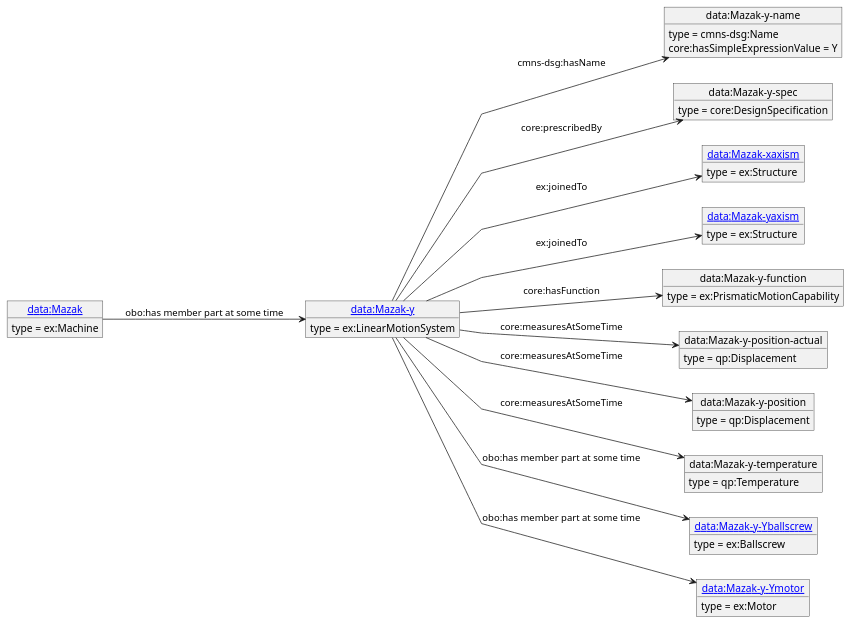
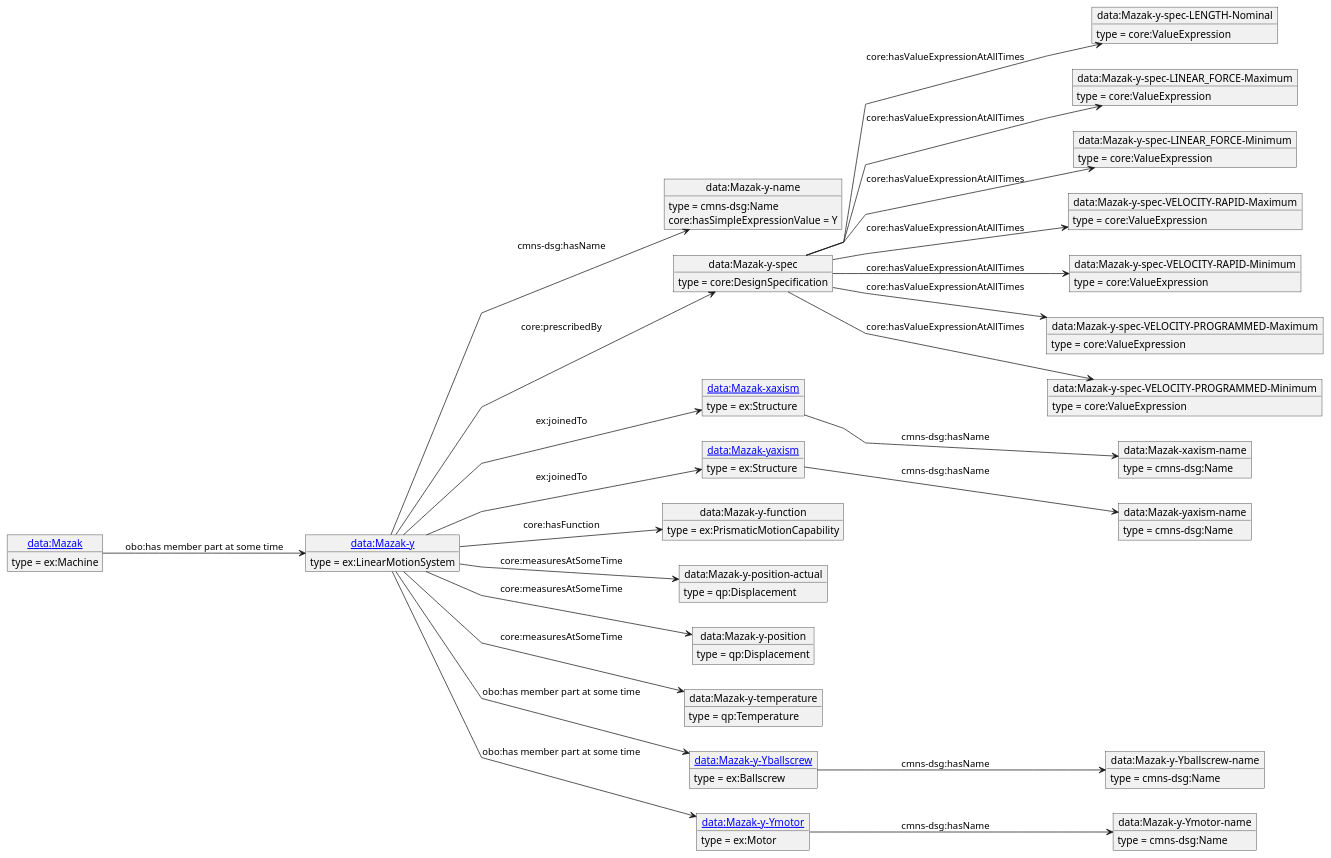
Before and after one commit to iofoundry/example-syseng-mtconnect: the diagram in diagrams/Mazak-y.puml, drawn with PlantUML. The commit also changed 162 other files, not shown here.

```diff
--- a/diagrams/Mazak-y.puml
+++ b/diagrams/Mazak-y.puml
@@ -1,52 +1,96 @@
 @startuml
 skinparam linetype polyline
 left to right direction
 object "[[./Mazak-y.html data:Mazak-y]]" as o1 {
  type = ex:LinearMotionSystem
  }
 object "data:Mazak-y-name" as o2 {
  type = cmns-dsg:Name
  }
 object "data:Mazak-y-spec" as o3 {
  type = core:DesignSpecification
  }
-object "[[./Mazak-xaxism.html data:Mazak-xaxism]]" as o4 {
+object "data:Mazak-y-spec-LENGTH-Nominal" as o4 {
+ type = core:ValueExpression
+ }
+object "data:Mazak-y-spec-LINEAR_FORCE-Maximum" as o5 {
+ type = core:ValueExpression
+ }
+object "data:Mazak-y-spec-LINEAR_FORCE-Minimum" as o6 {
+ type = core:ValueExpression
+ }
+object "data:Mazak-y-spec-VELOCITY-RAPID-Maximum" as o7 {
+ type = core:ValueExpression
+ }
+object "data:Mazak-y-spec-VELOCITY-RAPID-Minimum" as o8 {
+ type = core:ValueExpression
+ }
+object "data:Mazak-y-spec-VELOCITY-PROGRAMMED-Maximum" as o9 {
+ type = core:ValueExpression
+ }
+object "data:Mazak-y-spec-VELOCITY-PROGRAMMED-Minimum" as o10 {
+ type = core:ValueExpression
+ }
+object "[[./Mazak-xaxism.html data:Mazak-xaxism]]" as o11 {
  type = ex:Structure
  }
-object "[[./Mazak-yaxism.html data:Mazak-yaxism]]" as o5 {
+object "data:Mazak-xaxism-name" as o12 {
+ type = cmns-dsg:Name
+ }
+object "[[./Mazak-yaxism.html data:Mazak-yaxism]]" as o13 {
  type = ex:Structure
  }
-object "data:Mazak-y-function" as o6 {
+object "data:Mazak-yaxism-name" as o14 {
+ type = cmns-dsg:Name
+ }
+object "data:Mazak-y-function" as o15 {
  type = ex:PrismaticMotionCapability
  }
-object "data:Mazak-y-position-actual" as o7 {
+object "data:Mazak-y-position-actual" as o16 {
  type = qp:Displacement
  }
-object "data:Mazak-y-position" as o8 {
+object "data:Mazak-y-position" as o17 {
  type = qp:Displacement
  }
-object "data:Mazak-y-temperature" as o9 {
+object "data:Mazak-y-temperature" as o18 {
  type = qp:Temperature
  }
-object "[[./Mazak-y-Yballscrew.html data:Mazak-y-Yballscrew]]" as o10 {
+object "[[./Mazak-y-Yballscrew.html data:Mazak-y-Yballscrew]]" as o19 {
  type = ex:Ballscrew
  }
-object "[[./Mazak-y-Ymotor.html data:Mazak-y-Ymotor]]" as o11 {
+object "data:Mazak-y-Yballscrew-name" as o20 {
+ type = cmns-dsg:Name
+ }
+object "[[./Mazak-y-Ymotor.html data:Mazak-y-Ymotor]]" as o21 {
  type = ex:Motor
  }
-object "[[./Mazak.html data:Mazak]]" as o12 {
+object "data:Mazak-y-Ymotor-name" as o22 {
+ type = cmns-dsg:Name
+ }
+object "[[./Mazak.html data:Mazak]]" as o23 {
  type = ex:Machine
  }
 o1 --> o2 : cmns-dsg:hasName
 o2 : core:hasSimpleExpressionValue = Y
 o1 --> o3 : core:prescribedBy
-o1 --> o4 : ex:joinedTo
-o1 --> o5 : ex:joinedTo
-o1 --> o6 : core:hasFunction
-o1 --> o7 : core:measuresAtSomeTime
-o1 --> o8 : core:measuresAtSomeTime
-o1 --> o9 : core:measuresAtSomeTime
-o1 --> o10 : obo:has member part at some time
-o1 --> o11 : obo:has member part at some time
-o12 --> o1 : obo:has member part at some time
+o3 --> o4 : core:hasValueExpressionAtAllTimes
+o3 --> o5 : core:hasValueExpressionAtAllTimes
+o3 --> o6 : core:hasValueExpressionAtAllTimes
+o3 --> o7 : core:hasValueExpressionAtAllTimes
+o3 --> o8 : core:hasValueExpressionAtAllTimes
+o3 --> o9 : core:hasValueExpressionAtAllTimes
+o3 --> o10 : core:hasValueExpressionAtAllTimes
+o1 --> o11 : ex:joinedTo
+o11 --> o12 : cmns-dsg:hasName
+o1 --> o13 : ex:joinedTo
+o13 --> o14 : cmns-dsg:hasName
+o1 --> o15 : core:hasFunction
+o1 --> o16 : core:measuresAtSomeTime
+o1 --> o17 : core:measuresAtSomeTime
+o1 --> o18 : core:measuresAtSomeTime
+o1 --> o19 : obo:has member part at some time
+o19 --> o20 : cmns-dsg:hasName
+o1 --> o21 : obo:has member part at some time
+o21 --> o22 : cmns-dsg:hasName
+o23 --> o1 : obo:has member part at some time
 @enduml
```
